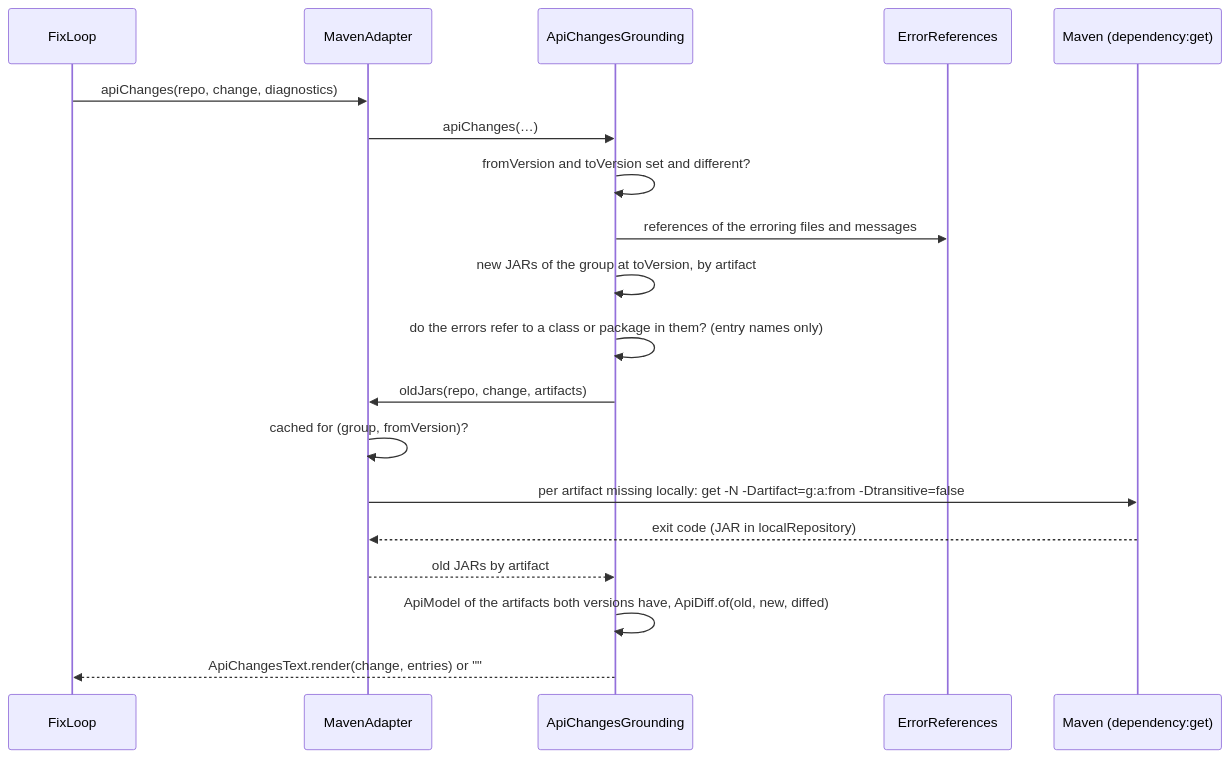
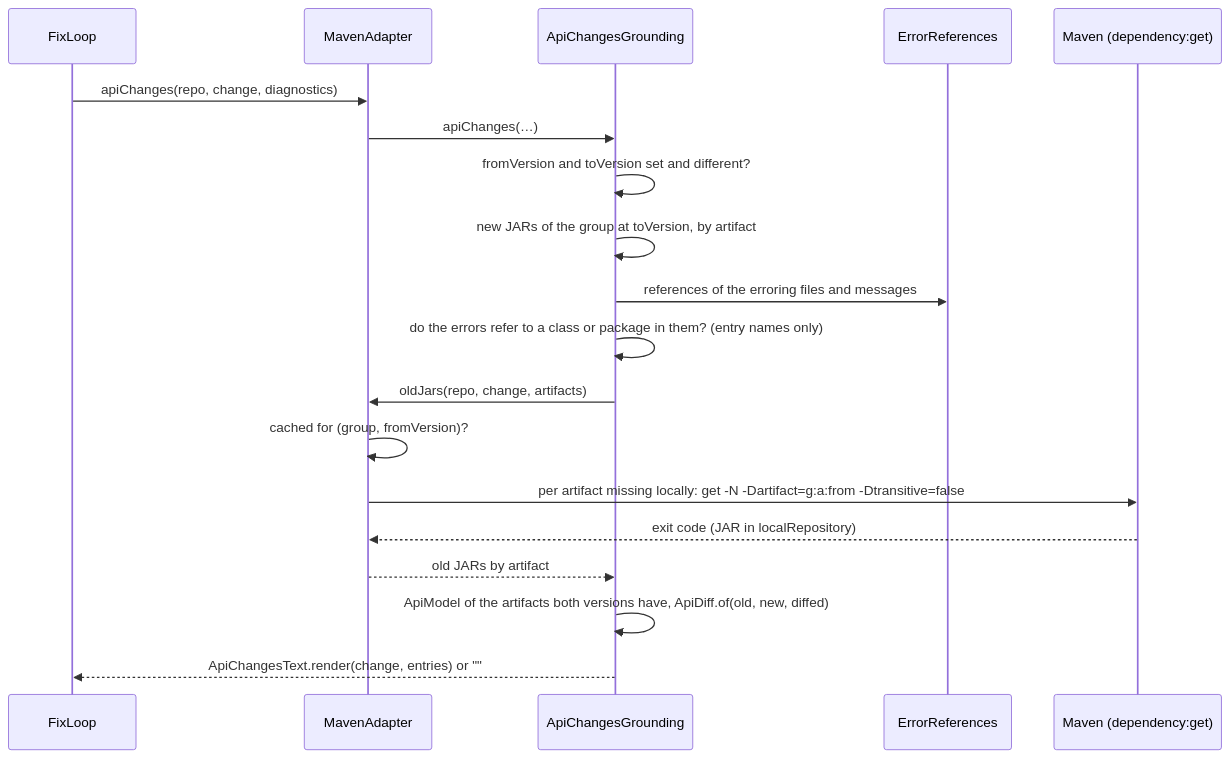
Before and after one commit to danvan86/lector-ai: the second of 2 diagrams in docs/architecture/api-changes.md, drawn with Mermaid. The commit also changed other lines of this file, not shown here.

Commit message:
docs: the API changes' run reads the new JARs before the error references

````diff
--- a/docs/architecture/api-changes.md
+++ b/docs/architecture/api-changes.md
@@ -47,21 +47,21 @@
 ```mermaid
 sequenceDiagram
     participant L as FixLoop
     participant M as MavenAdapter
     participant G as ApiChangesGrounding
     participant R as ErrorReferences
     participant N as Maven (dependency:get)
     L->>M: apiChanges(repo, change, diagnostics)
     M->>G: apiChanges(…)
     G->>G: fromVersion and toVersion set and different?
+    G->>G: new JARs of the group at toVersion, by artifact
     G->>R: references of the erroring files and messages
-    G->>G: new JARs of the group at toVersion, by artifact
     G->>G: do the errors refer to a class or package in them? (entry names only)
     G->>M: oldJars(repo, change, artifacts)
     M->>M: cached for (group, fromVersion)?
     M->>N: per artifact missing locally: get -N -Dartifact=g:a:from -Dtransitive=false
     N-->>M: exit code (JAR in localRepository)
     M-->>G: old JARs by artifact
     G->>G: ApiModel of the artifacts both versions have, ApiDiff.of(old, new, diffed)
     G-->>L: ApiChangesText.render(change, entries) or ""
 ```
````
